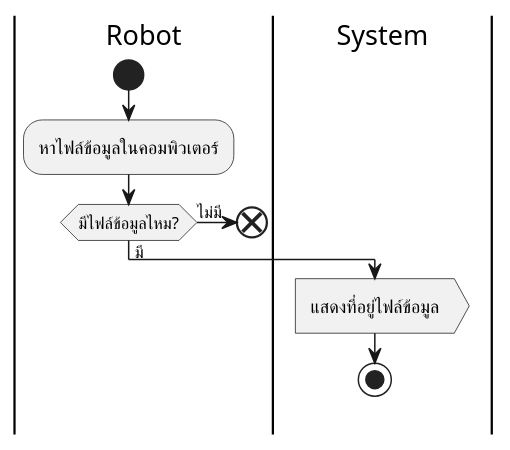
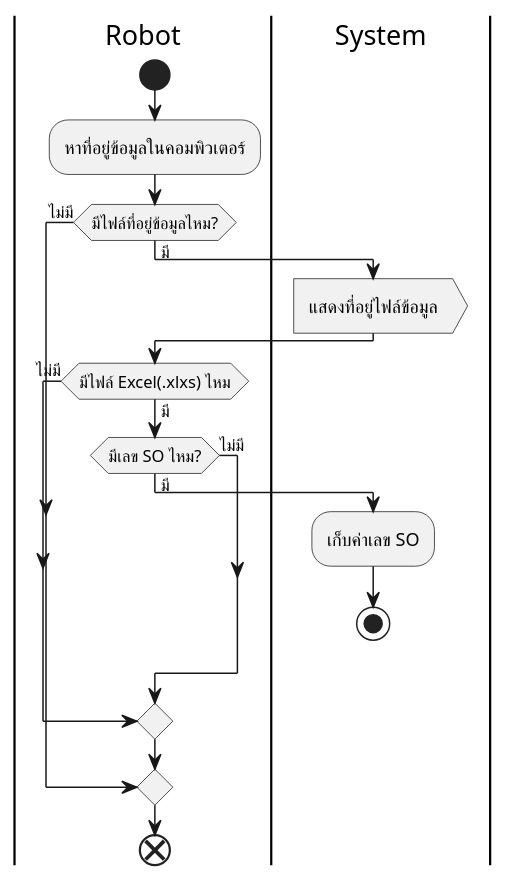
The diagram in Robot Activity (Project Assign System Management)/u1-receive document.wsd (Meenkonlapat/RPA-Project), drawn with PlantUML before and after one commit. The commit also changed 19 other files, not shown here.

```diff
--- a/Robot Activity (Project Assign System Management)/u1-receive document.wsd
+++ b/Robot Activity (Project Assign System Management)/u1-receive document.wsd
@@ -1,14 +1,23 @@
 @startuml
 |Robot|
 start
-:หาไฟล์ข้อมูลในคอมพิวเตอร์;
-if(มีไฟล์ข้อมูลไหม?) then(มี)
+:หาที่อยู่ข้อมูลในคอมพิวเตอร์;
+if(มีไฟล์ที่อยู่ข้อมูลไหม?) then(มี) 
 |System|
 :แสดงที่อยู่ไฟล์ข้อมูล>
+|Robot|
+if(มีไฟล์ Excel(.xlxs) ไหม) then(มี)
+if(มีเลข SO ไหม?) then(มี)
+|System|
+:เก็บค่าเลข SO;
 stop
-else(ไม่มี)
+|Robot|
+else(ไม่มี) 
+endif
+else(ไม่มี) 
+endif
+else(ไม่มี) 
+endif
 |Robot|
 end
-endif
-
 @enduml
```
